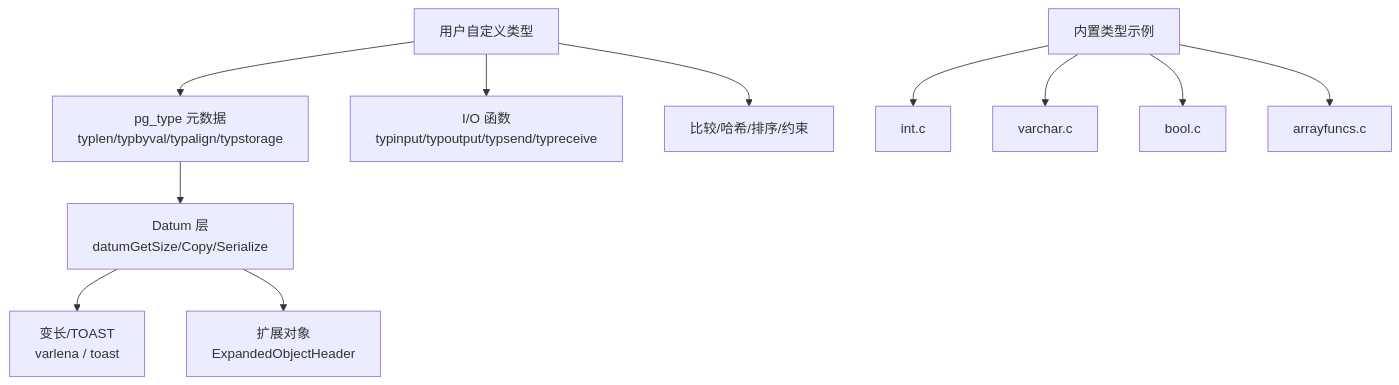
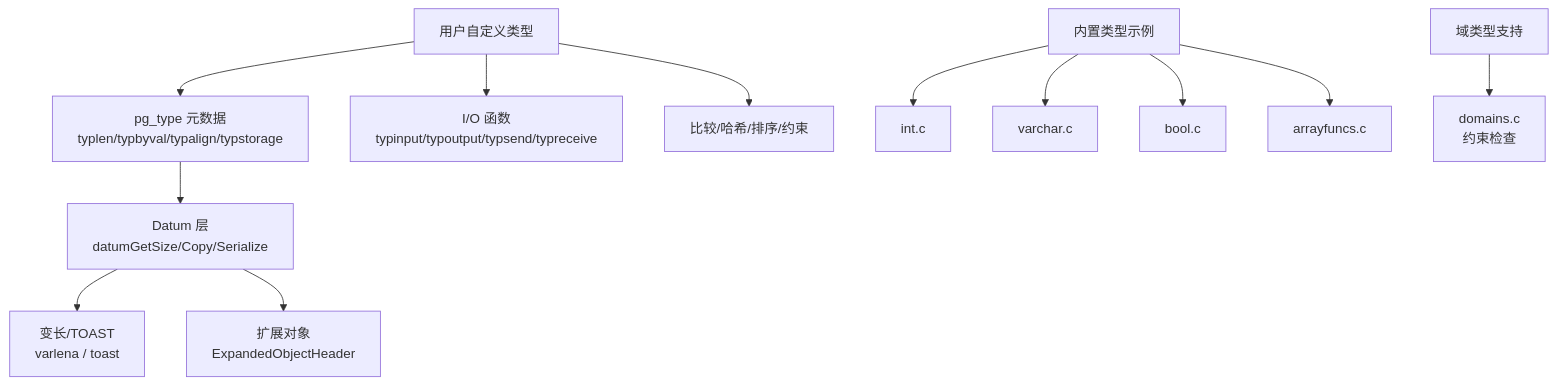
Before and after one commit to chirpyli/minipg: the first of 10 diagrams in .qoder/repowiki/zh/content/扩展开发/自定义数据类型.md, drawn with Mermaid. The commit also changed other lines of this file and 362 other files, not shown here.

````diff
--- a/.qoder/repowiki/zh/content/扩展开发/自定义数据类型.md
+++ b/.qoder/repowiki/zh/content/扩展开发/自定义数据类型.md
@@ -47,13 +59,14 @@
 ```mermaid
 graph TB
 A["用户自定义类型"] --> B["pg_type 元数据<br/>typlen/typbyval/typalign/typstorage"]
 A --> C["I/O 函数<br/>typinput/typoutput/typsend/typreceive"]
 A --> D["比较/哈希/排序/约束"]
 B --> E["Datum 层<br/>datumGetSize/Copy/Serialize"]
 E --> F["变长/TOAST<br/>varlena / toast"]
 E --> G["扩展对象<br/>ExpandedObjectHeader"]
 H["内置类型示例"] --> I["int.c"]
 H --> J["varchar.c"]
 H --> K["bool.c"]
 H --> L["arrayfuncs.c"]
+M["域类型支持"] --> N["domains.c<br/>约束检查"]
 ```
````
